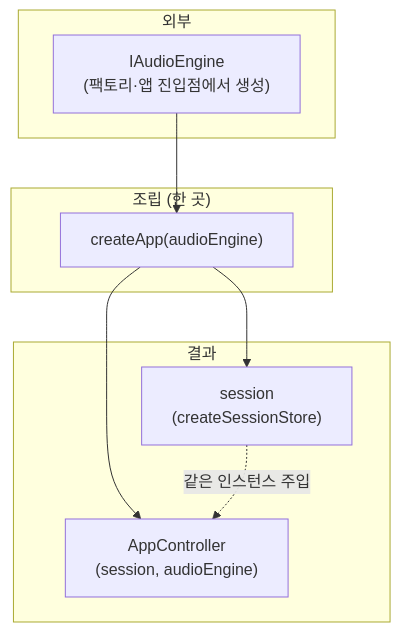
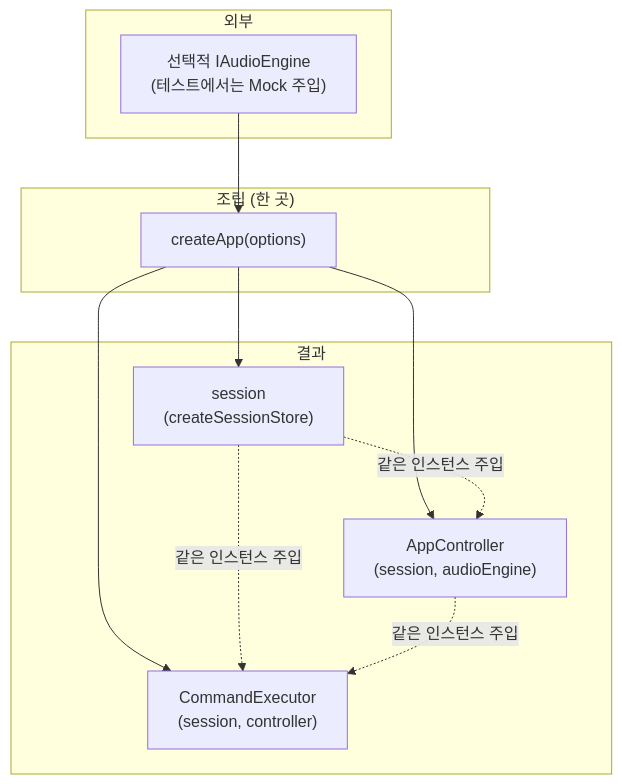
Before and after one commit to whizzkid1452/drop-ai: the third of 4 diagrams in docs/architecture.md, drawn with Mermaid. The commit also changed other lines of this file and 2 other files, not shown here.

Commit message:
refactor(command): 기존 명령 디스패처 정리

````diff
--- a/docs/architecture.md
+++ b/docs/architecture.md
@@ -87,20 +104,24 @@
 ```mermaid
 flowchart TB
     subgraph ext["외부"]
-        IN["IAudioEngine\n(팩토리·앱 진입점에서 생성)"]
+        IN["선택적 IAudioEngine\n(테스트에서는 Mock 주입)"]
     end
 
     subgraph asm["조립 (한 곳)"]
-        CA["createApp(audioEngine)"]
+        CA["createApp(options)"]
     end
 
     subgraph out["결과"]
         SS["session\n(createSessionStore)"]
         AC["AppController\n(session, audioEngine)"]
+        CE["CommandExecutor\n(session, controller)"]
     end
 
     IN --> CA
     CA --> SS
     CA --> AC
+    CA --> CE
     SS -.->|"같은 인스턴스 주입"| AC
+    SS -.->|"같은 인스턴스 주입"| CE
+    AC -.->|"같은 인스턴스 주입"| CE
 ```
````
